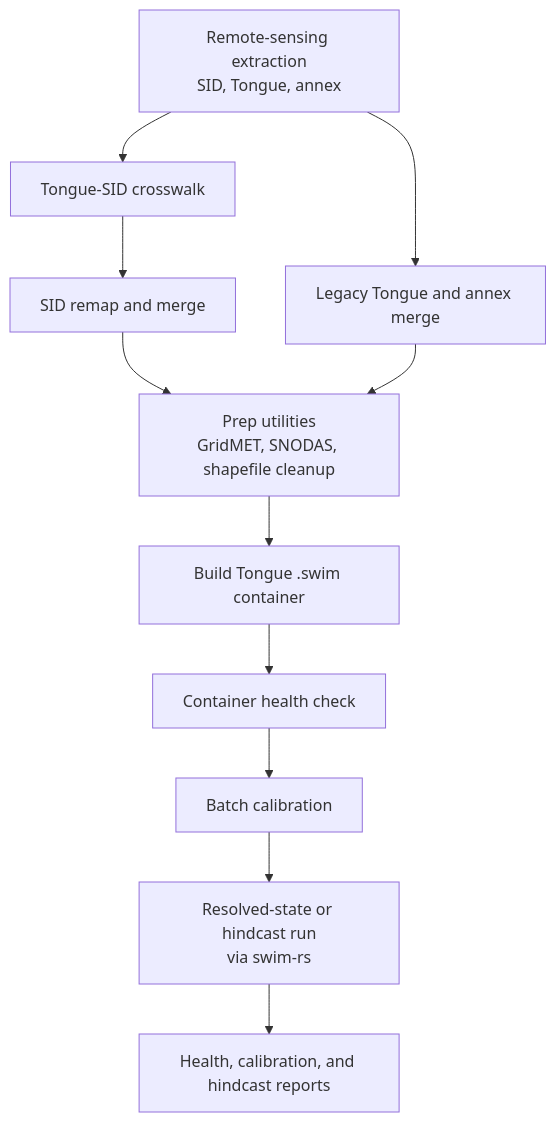
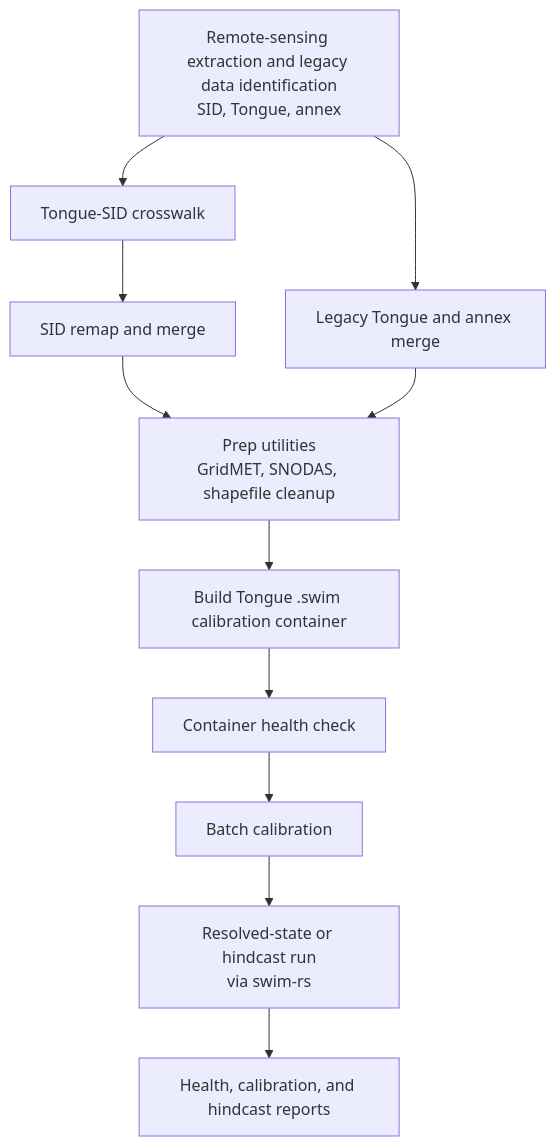
The diagram in docs/workflows/tongue-data-assembly.md (dgketchum/swim-mtdnrc), drawn with Mermaid before and after one commit. The commit also changed other lines of this file and 1 other file, not shown here.

Commit message:
Tongue workflow updates

````diff
--- a/docs/workflows/tongue-data-assembly.md
+++ b/docs/workflows/tongue-data-assembly.md
@@ -11,13 +17,13 @@
 ```mermaid
 flowchart TD
-    EX["Remote-sensing extraction<br/>SID, Tongue, annex"] --> XW["Tongue-SID crosswalk"]
+    EX["Remote-sensing extraction and legacy data identification<br/>SID, Tongue, annex"] --> XW["Tongue-SID crosswalk"]
     XW --> SID["SID remap and merge"]
     EX --> LEG["Legacy Tongue and annex merge"]
     SID --> PREP["Prep utilities<br/>GridMET, SNODAS, shapefile cleanup"]
     LEG --> PREP
-    PREP --> BUILD["Build Tongue .swim container"]
+    PREP --> BUILD["Build Tongue .swim calibration container"]
     BUILD --> HEALTH["Container health check"]
     HEALTH --> CAL["Batch calibration"]
     CAL --> RES["Resolved-state or hindcast run<br/>via swim-rs"]
     RES --> REP["Health, calibration, and hindcast reports"]
 ```
````
